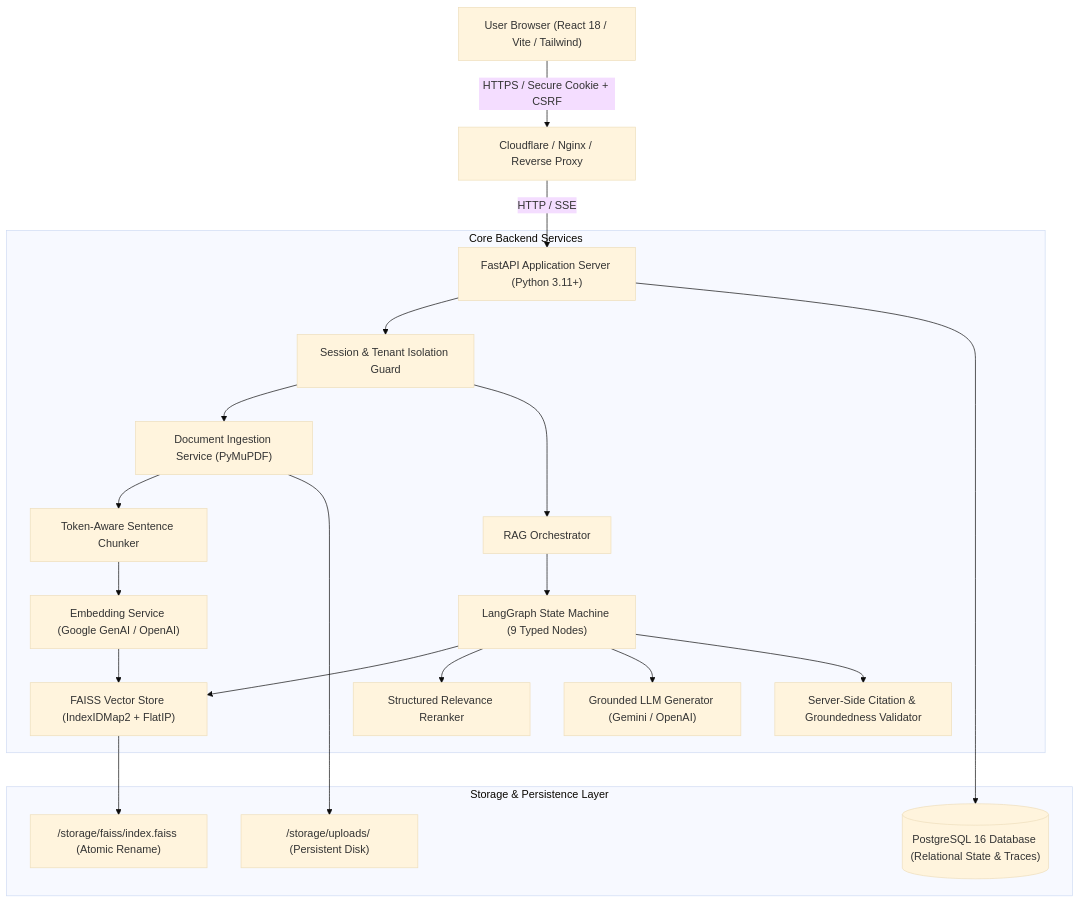
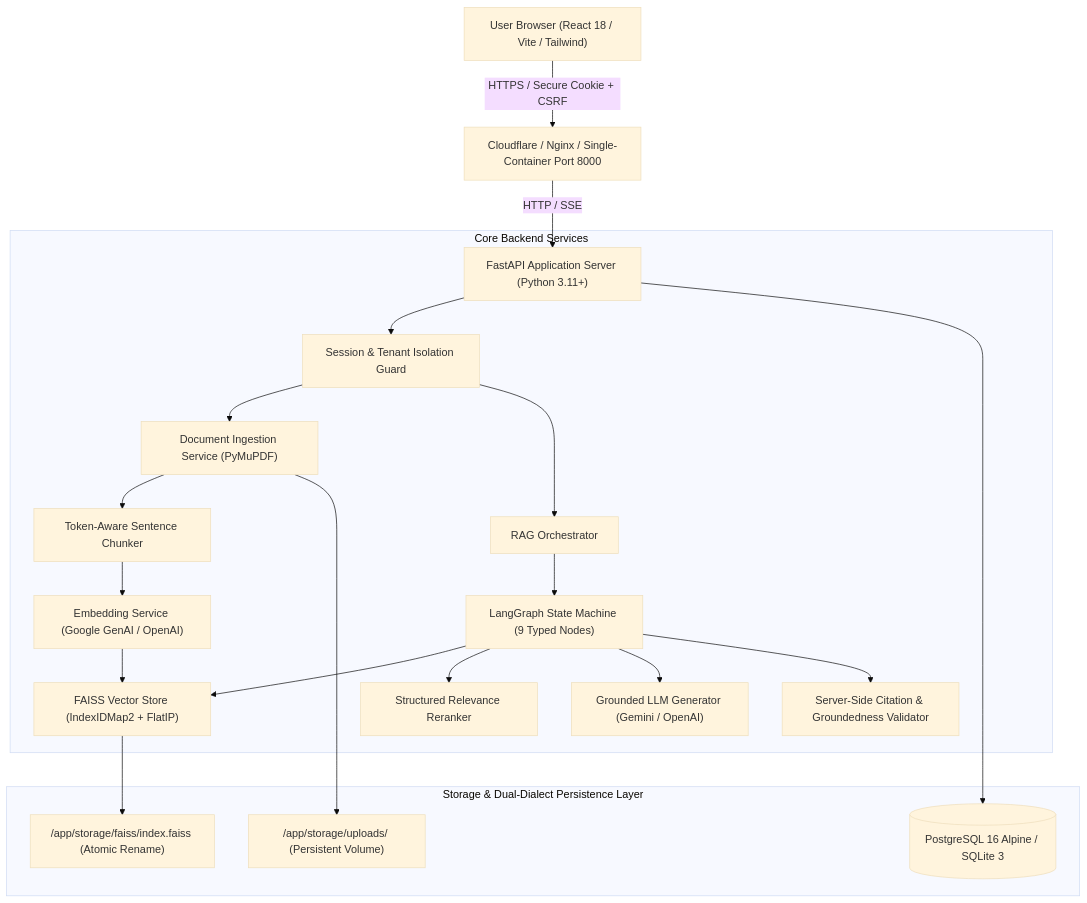
The first of 2 diagrams in README.md (harshchavan009/NEXUSRAG-AI), drawn with Mermaid (base theme) before and after one commit. The commit also changed other lines of this file and 8 other files, not shown here.

````diff
--- a/README.md
+++ b/README.md
@@ -75,27 +91,27 @@
 ```mermaid
 graph TD
-    User["User Browser (React 18 / Vite / Tailwind)"] -->|"HTTPS / Secure Cookie + CSRF"| ReverseProxy["Cloudflare / Nginx / Reverse Proxy"]
+    User["User Browser (React 18 / Vite / Tailwind)"] -->|"HTTPS / Secure Cookie + CSRF"| ReverseProxy["Cloudflare / Nginx / Single-Container Port 8000"]
     ReverseProxy -->|"HTTP / SSE"| FastAPI["FastAPI Application Server (Python 3.11+)"]
     
     subgraph "Core Backend Services"
         FastAPI --> AuthGuard["Session & Tenant Isolation Guard"]
         AuthGuard --> DocumentService["Document Ingestion Service (PyMuPDF)"]
         AuthGuard --> RAGService["RAG Orchestrator"]
         
         DocumentService --> Chunker["Token-Aware Sentence Chunker"]
         Chunker --> EmbeddingEngine["Embedding Service (Google GenAI / OpenAI)"]
         EmbeddingEngine --> FAISSService["FAISS Vector Store (IndexIDMap2 + FlatIP)"]
         
         RAGService --> LangGraphEngine["LangGraph State Machine (9 Typed Nodes)"]
         LangGraphEngine --> FAISSService
         LangGraphEngine --> Reranker["Structured Relevance Reranker"]
         LangGraphEngine --> LLMGenerator["Grounded LLM Generator (Gemini / OpenAI)"]
         LangGraphEngine --> CitationValidator["Server-Side Citation & Groundedness Validator"]
     end
     
-    subgraph "Storage & Persistence Layer"
-        DocumentService --> LocalUploads["/storage/uploads/ (Persistent Disk)"]
-        FAISSService --> FAISSFiles["/storage/faiss/index.faiss (Atomic Rename)"]
-        FastAPI --> PostgreSQL[("PostgreSQL 16 Database (Relational State & Traces)")]
+    subgraph "Storage & Dual-Dialect Persistence Layer"
+        DocumentService --> LocalUploads["/app/storage/uploads/ (Persistent Volume)"]
+        FAISSService --> FAISSFiles["/app/storage/faiss/index.faiss (Atomic Rename)"]
+        FastAPI --> RelationalDB[("PostgreSQL 16 Alpine / SQLite 3")]
     end
 ```
````
